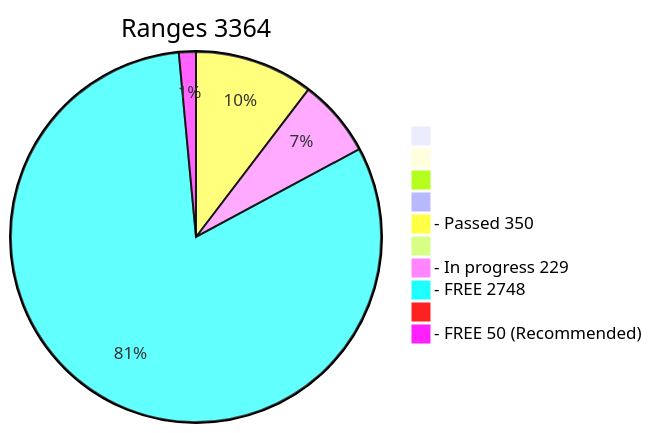
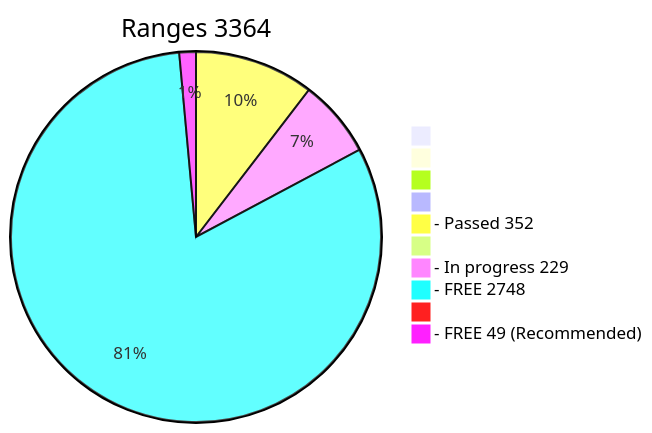
One commit to phrutis/wif500 changed the diagram in x64/Release/table.md. Above: the diagram before and after it, drawn with Mermaid. The commit also changed other lines of this file, not shown here.

````diff
--- a/x64/Release/table.md
+++ b/x64/Release/table.md
@@ -2,13 +2,13 @@
 ```mermaid
 pie title Ranges 3364
   " " : 0
   "  " : 0
   "   " : 0
   "    " : 0
-  "- Passed 350" : 350
+  "- Passed 352" : 352
   "     " : 0
   "- In progress 229" : 229
   "- FREE 2748" : 2748
   "      " : 0
-  "- FREE 50 (Recommended)" : 50
+  "- FREE 49 (Recommended)" : 49
 ```
````
